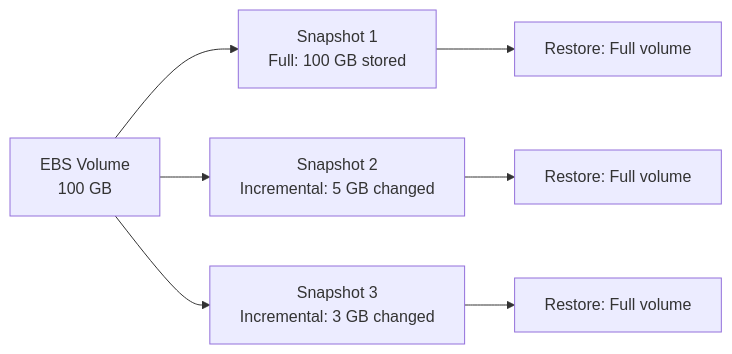
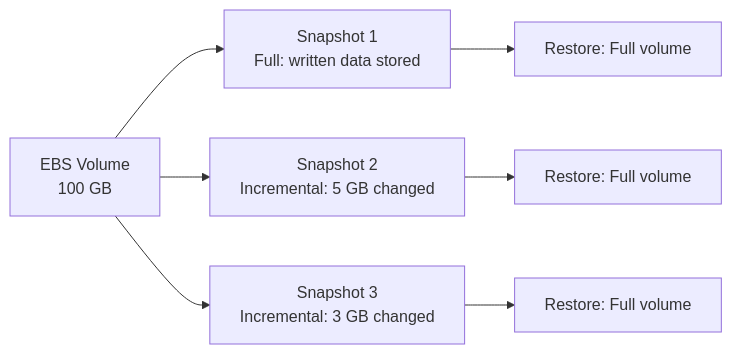
One commit to OneUptime/blog changed the diagram in posts/2026-02-12-create-ebs-snapshots-for-backup/README.md. Above: the diagram before and after it, drawn with Mermaid. The commit also changed other lines of this file and 2 other files, not shown here.

Commit message:
validate: 2026-02-12-create-ebs-snapshots-for-backup

````diff
--- a/posts/2026-02-12-create-ebs-snapshots-for-backup/README.md
+++ b/posts/2026-02-12-create-ebs-snapshots-for-backup/README.md
@@ -25,9 +25,9 @@
 ```mermaid
 flowchart LR
-    V[EBS Volume<br/>100 GB] --> S1[Snapshot 1<br/>Full: 100 GB stored]
+    V[EBS Volume<br/>100 GB] --> S1[Snapshot 1<br/>Full: written data stored]
     V --> S2[Snapshot 2<br/>Incremental: 5 GB changed]
     V --> S3[Snapshot 3<br/>Incremental: 3 GB changed]
     S1 --> R1[Restore: Full volume]
     S2 --> R2[Restore: Full volume]
     S3 --> R3[Restore: Full volume]
 ```
````
